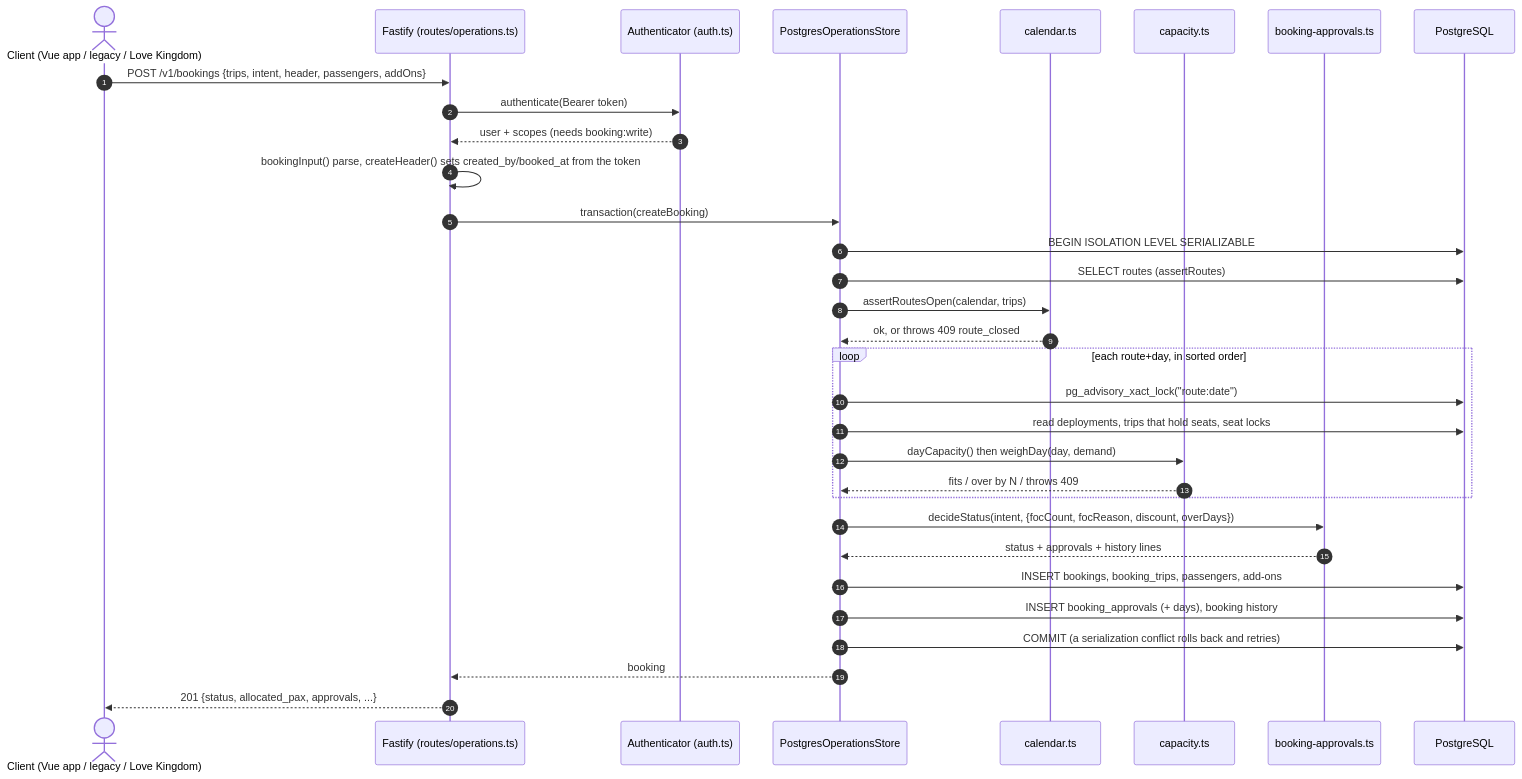
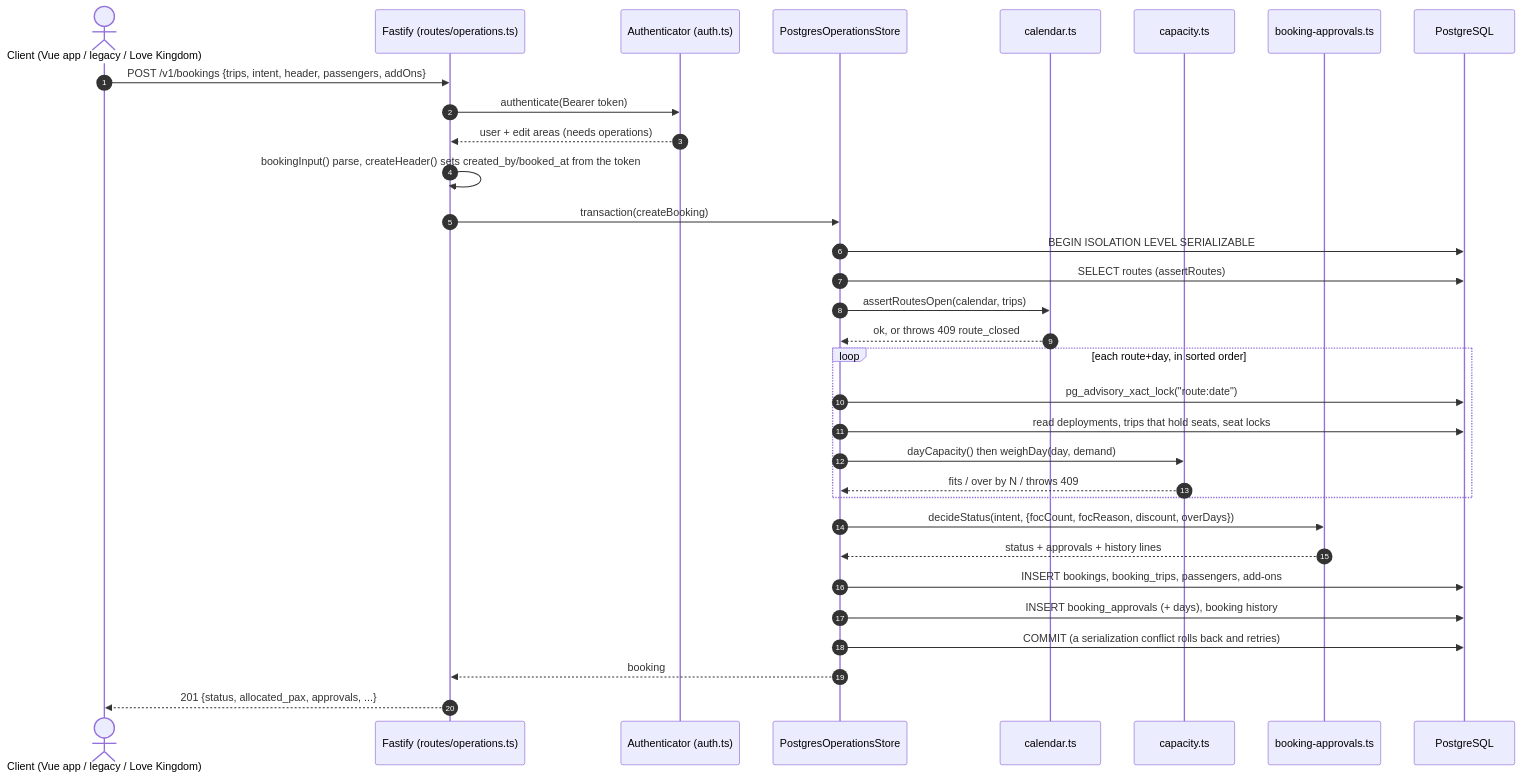
Before and after one commit to TheTaTha5/operation_backend: the second of 2 diagrams in docs/booking-create-flow.md, drawn with Mermaid. The commit also changed other lines of this file and 27 other files, not shown here.

````diff
--- a/docs/booking-create-flow.md
+++ b/docs/booking-create-flow.md
@@ -58,35 +58,35 @@
 ```mermaid
 sequenceDiagram
     autonumber
     actor Staff as Client (Vue app / legacy / Love Kingdom)
     participant API as Fastify (routes/operations.ts)
     participant Auth as Authenticator (auth.ts)
     participant Store as PostgresOperationsStore
     participant Cal as calendar.ts
     participant Cap as capacity.ts
     participant Appr as booking-approvals.ts
     participant DB as PostgreSQL
 
     Staff->>API: POST /v1/bookings {trips, intent, header, passengers, addOns}
     API->>Auth: authenticate(Bearer token)
-    Auth-->>API: user + scopes (needs booking:write)
+    Auth-->>API: user + edit areas (needs operations)
     API->>API: bookingInput() parse, createHeader() sets created_by/booked_at from the token
     API->>Store: transaction(createBooking)
     Store->>DB: BEGIN ISOLATION LEVEL SERIALIZABLE
     Store->>DB: SELECT routes (assertRoutes)
     Store->>Cal: assertRoutesOpen(calendar, trips)
     Cal-->>Store: ok, or throws 409 route_closed
     loop each route+day, in sorted order
         Store->>DB: pg_advisory_xact_lock("route:date")
         Store->>DB: read deployments, trips that hold seats, seat locks
         Store->>Cap: dayCapacity() then weighDay(day, demand)
         Cap-->>Store: fits / over by N / throws 409
     end
     Store->>Appr: decideStatus(intent, {focCount, focReason, discount, overDays})
     Appr-->>Store: status + approvals + history lines
     Store->>DB: INSERT bookings, booking_trips, passengers, add-ons
     Store->>DB: INSERT booking_approvals (+ days), booking history
     Store->>DB: COMMIT (a serialization conflict rolls back and retries)
     Store-->>API: booking
     API-->>Staff: 201 {status, allocated_pax, approvals, ...}
 ```
````
